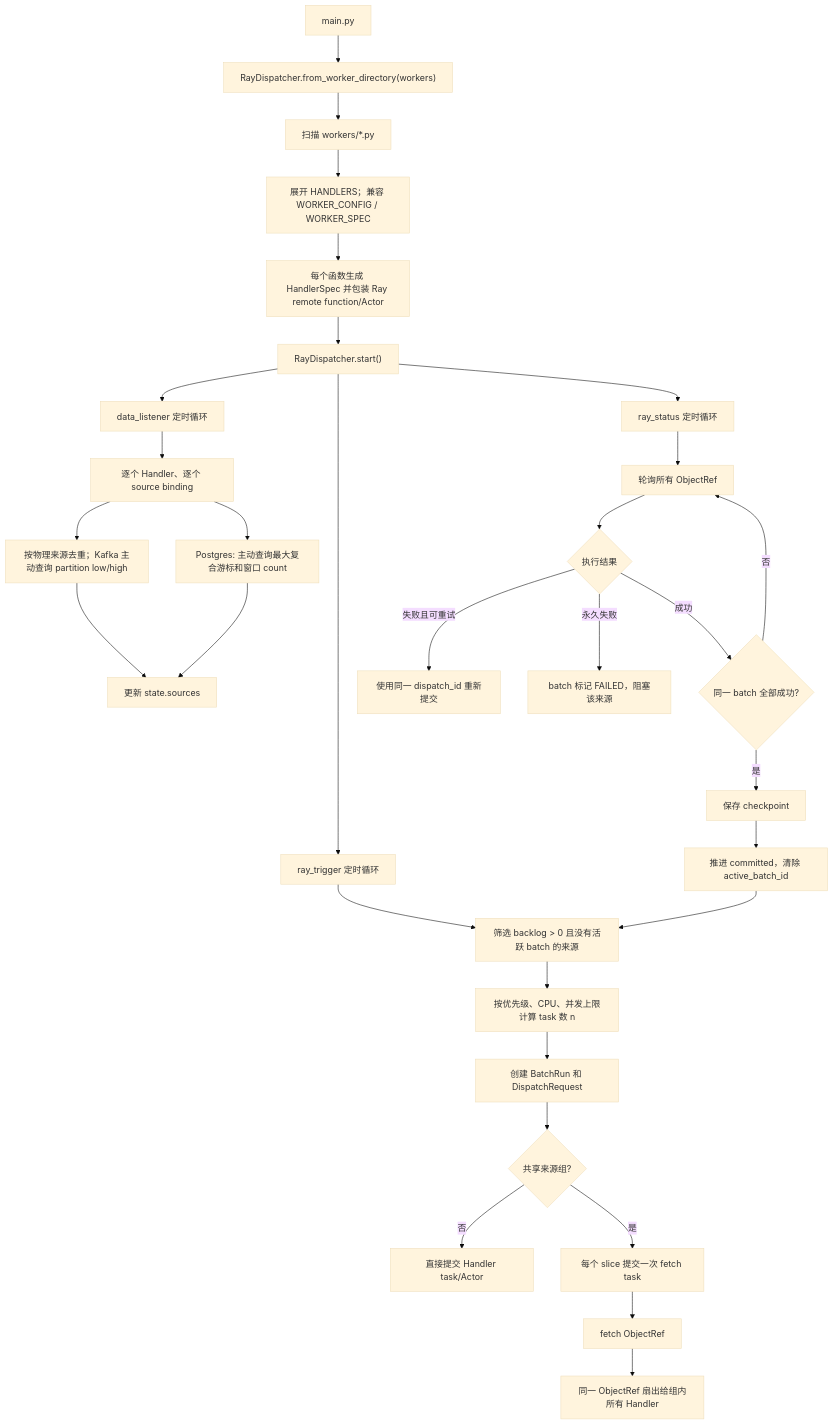
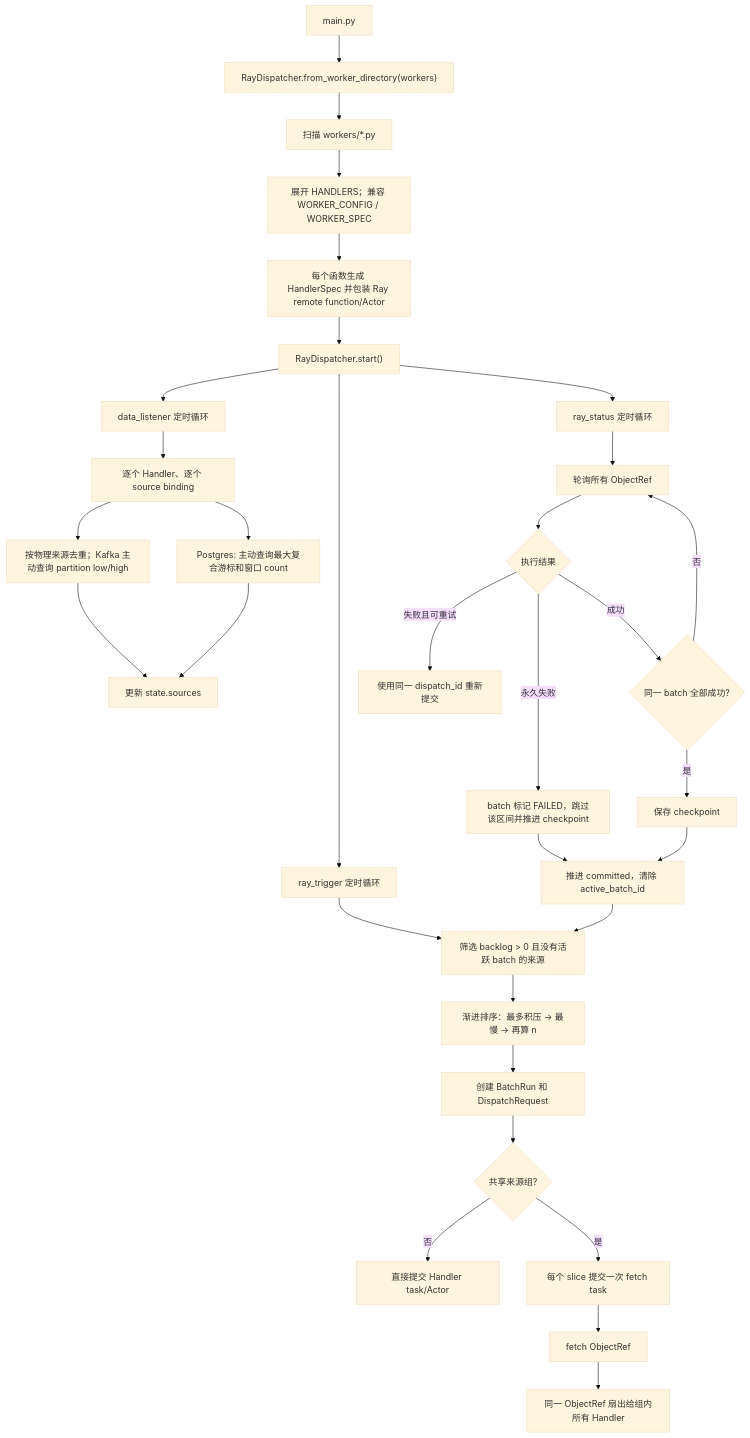
One commit to fonkalemo-netizen/Dispatcher changed the diagram in FLOW.md. Above: the diagram before and after it, drawn with Mermaid (base theme). The commit also changed other lines of this file and 10 other files, not shown here.

````diff
--- a/FLOW.md
+++ b/FLOW.md
@@ -5,37 +5,38 @@
 ```mermaid
 flowchart TD
     A["main.py"] --> B["RayDispatcher.from_worker_directory(workers)"]
     B --> C["扫描 workers/*.py"]
     C --> D["展开 HANDLERS；兼容 WORKER_CONFIG / WORKER_SPEC"]
     D --> E["每个函数生成 HandlerSpec 并包装 Ray remote function/Actor"]
     E --> F["RayDispatcher.start()"]
 
     F --> L["data_listener 定时循环"]
     F --> T["ray_trigger 定时循环"]
     F --> S["ray_status 定时循环"]
 
     L --> L1["逐个 Handler、逐个 source binding"]
     L1 --> K["按物理来源去重；Kafka 主动查询 partition low/high"]
     L1 --> P["Postgres: 主动查询最大复合游标和窗口 count"]
     K --> SS["更新 state.sources"]
     P --> SS
 
     T --> T1["筛选 backlog > 0 且没有活跃 batch 的来源"]
-    T1 --> T2["按优先级、CPU、并发上限计算 task 数 n"]
+    T1 --> T2["渐进排序：最多积压 → 最慢 → 再算 n"]
     T2 --> T3["创建 BatchRun 和 DispatchRequest"]
     T3 --> T4{"共享来源组?"}
     T4 -->|否| RS["直接提交 Handler task/Actor"]
     T4 -->|是| FT["每个 slice 提交一次 fetch task"]
     FT --> FO["fetch ObjectRef"]
     FO --> FAN["同一 ObjectRef 扇出给组内所有 Handler"]
 
     S --> S1["轮询所有 ObjectRef"]
     S1 --> S2{"执行结果"}
     S2 -->|失败且可重试| S3["使用同一 dispatch_id 重新提交"]
-    S2 -->|永久失败| S4["batch 标记 FAILED，阻塞该来源"]
+    S2 -->|永久失败| S4["batch 标记 FAILED，跳过该区间并推进 checkpoint"]
     S2 -->|成功| S5{"同一 batch 全部成功?"}
     S5 -->|否| S1
     S5 -->|是| S6["保存 checkpoint"]
     S6 --> S7["推进 committed，清除 active_batch_id"]
+    S4 --> S7
     S7 --> T1
 ```
````
